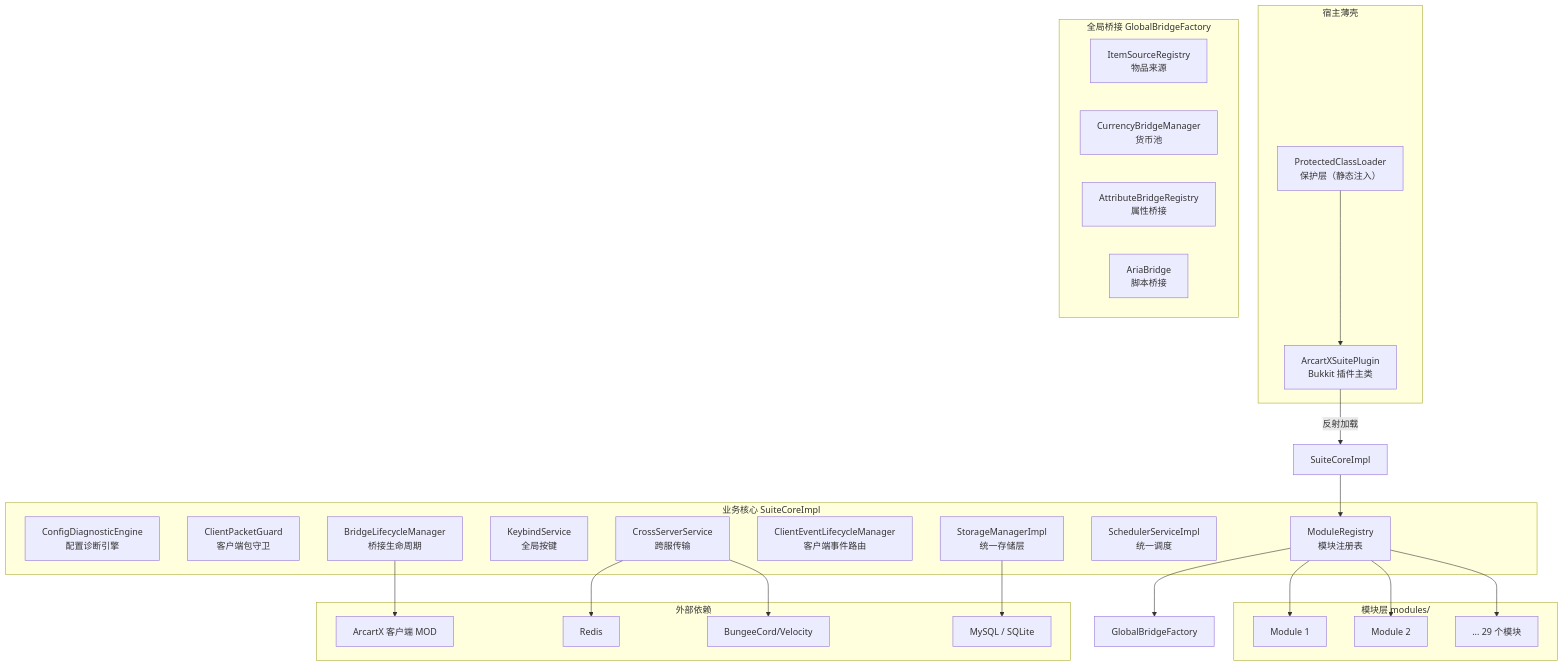
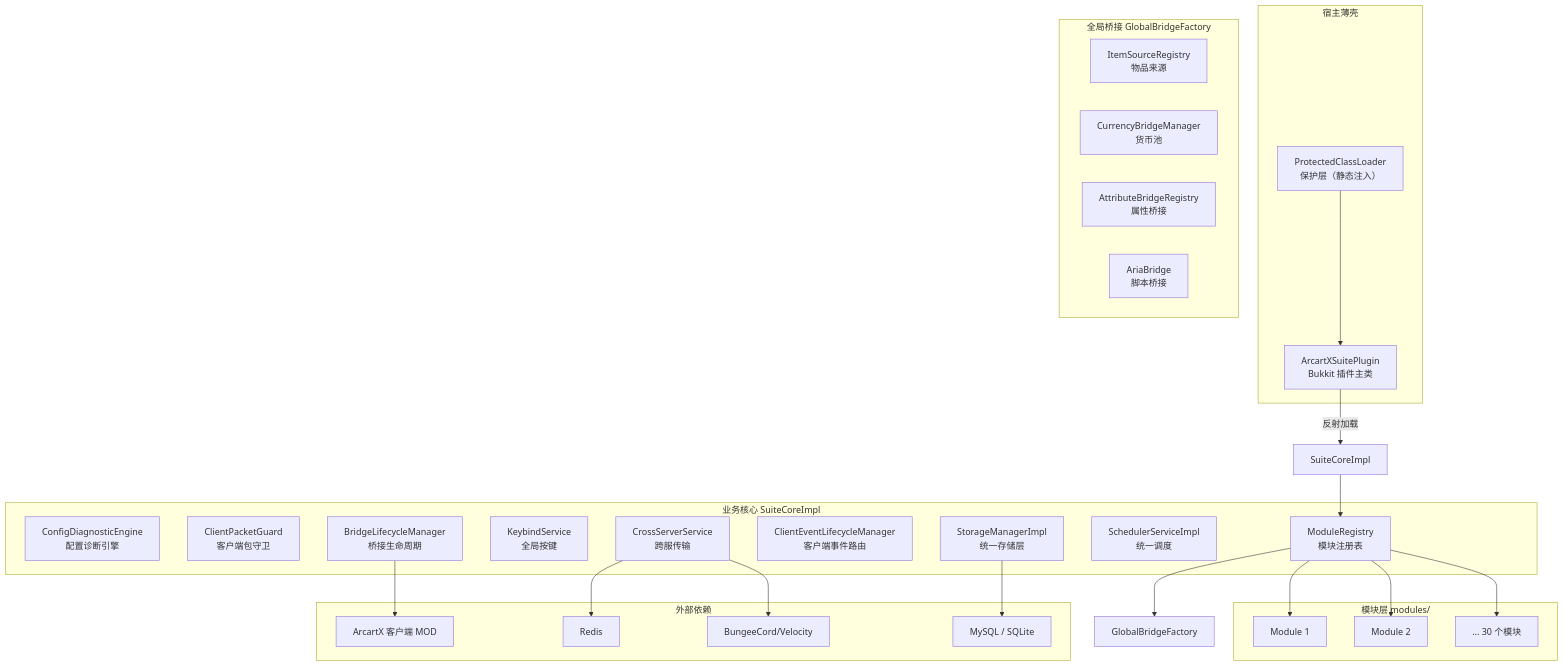
Before and after one commit to ArcartX-Suite/ArcartXSuite-Wiki: the first of 2 diagrams in content/docs/architecture/index.mdx, drawn with Mermaid. The commit also changed other lines of this file and 48 other files, not shown here.

````diff
--- a/content/docs/architecture/index.mdx
+++ b/content/docs/architecture/index.mdx
@@ -12,51 +12,51 @@
 ```mermaid
 graph TB
     subgraph 宿主薄壳
         Plugin["ArcartXSuitePlugin<br/>Bukkit 插件主类"]
         Protection["ProtectedClassLoader<br/>保护层（静态注入）"]
     end
 
     subgraph 业务核心 SuiteCoreImpl
         ConfigDiag["ConfigDiagnosticEngine<br/>配置诊断引擎"]
         Guard["ClientPacketGuard<br/>客户端包守卫"]
         Bridges["BridgeLifecycleManager<br/>桥接生命周期"]
         Keybind["KeybindService<br/>全局按键"]
         CrossServer["CrossServerService<br/>跨服传输"]
         ClientEvent["ClientEventLifecycleManager<br/>客户端事件路由"]
         Storage["StorageManagerImpl<br/>统一存储层"]
         Scheduler["SchedulerServiceImpl<br/>统一调度"]
         Registry["ModuleRegistry<br/>模块注册表"]
     end
 
     subgraph 全局桥接 GlobalBridgeFactory
         ItemSrc["ItemSourceRegistry<br/>物品来源"]
         Currency["CurrencyBridgeManager<br/>货币池"]
         Attr["AttributeBridgeRegistry<br/>属性桥接"]
         Aria["AriaBridge<br/>脚本桥接"]
     end
 
     subgraph 模块层 modules/
         M1["Module 1"]
         M2["Module 2"]
-        M3["... 29 个模块"]
+        M3["... 30 个模块"]
     end
 
     subgraph 外部依赖
         ArcartX["ArcartX 客户端 MOD"]
         Redis["Redis"]
         Proxy["BungeeCord/Velocity"]
         DB["MySQL / SQLite"]
     end
 
     Plugin -->|"反射加载"| SuiteCoreImpl
     Protection --> Plugin
     SuiteCoreImpl --> Registry
     Registry --> GlobalBridgeFactory
     Registry --> M1
     Registry --> M2
     Registry --> M3
     Bridges --> ArcartX
     CrossServer --> Redis
     CrossServer --> Proxy
     Storage --> DB
 ```
````
